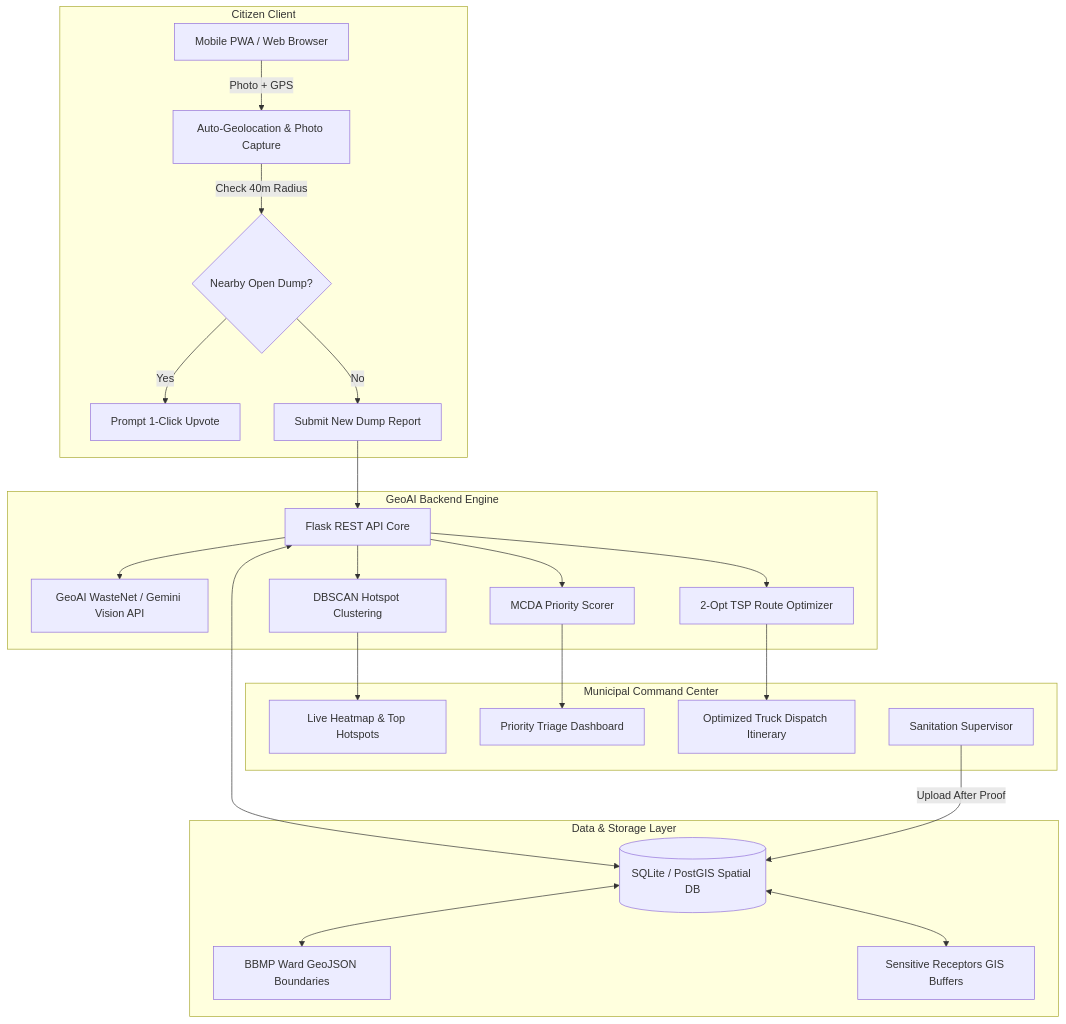
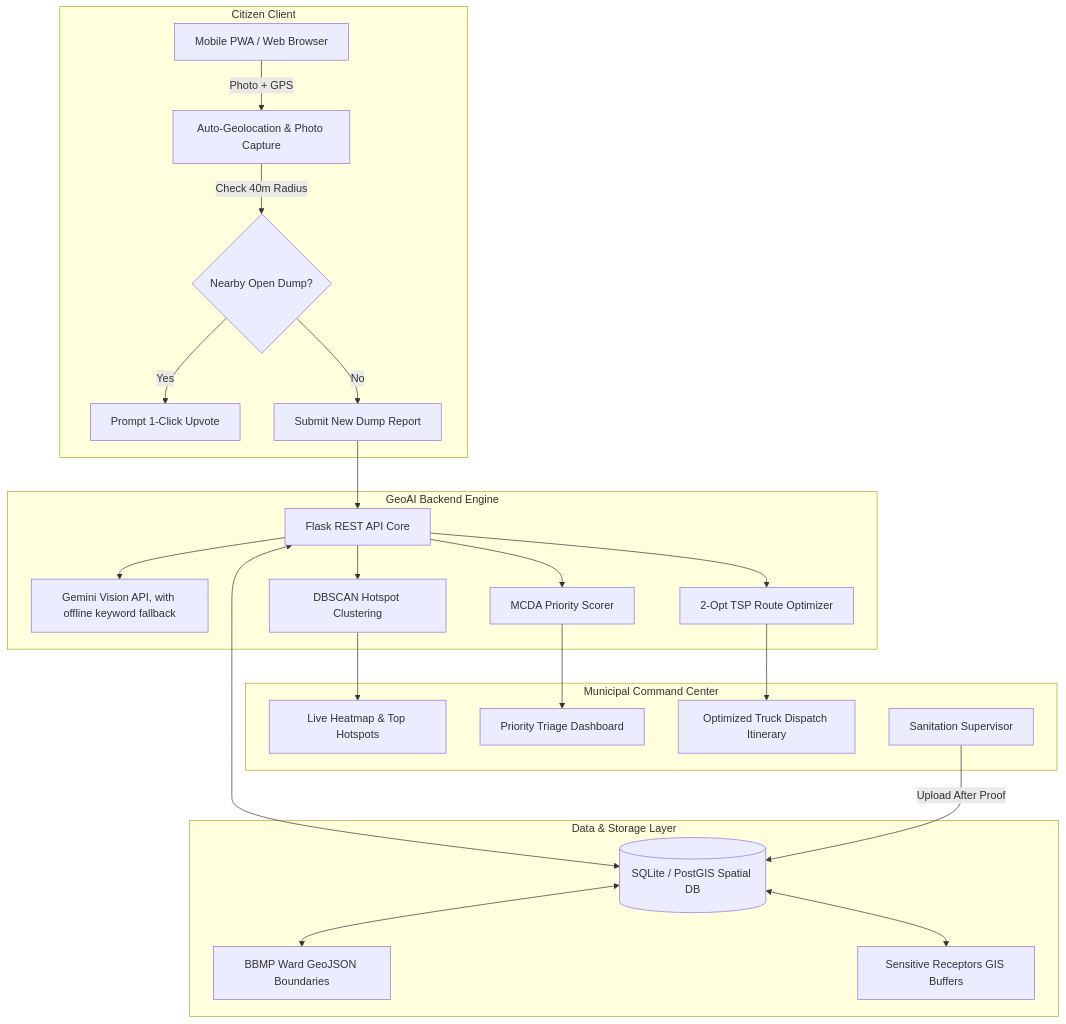
Before and after one commit to ishazaar/geo-waste-reporter: the diagram in presentation_slides.md, drawn with Mermaid. The commit also changed other lines of this file and 21 other files, not shown here.

````diff
--- a/presentation_slides.md
+++ b/presentation_slides.md
@@ -54,30 +54,30 @@
 ```mermaid
 flowchart TD
     subgraph Citizen Client
         A[Mobile PWA / Web Browser] -->|Photo + GPS| B[Auto-Geolocation & Photo Capture]
         B -->|Check 40m Radius| C{Nearby Open Dump?}
         C -->|Yes| D[Prompt 1-Click Upvote]
         C -->|No| E[Submit New Dump Report]
     end
 
     subgraph GeoAI Backend Engine
         E --> F[Flask REST API Core]
-        F --> G[GeoAI WasteNet / Gemini Vision API]
+        F --> G[Gemini Vision API, with offline keyword fallback]
         F --> H[MCDA Priority Scorer]
         F --> I[DBSCAN Hotspot Clustering]
         F --> J[2-Opt TSP Route Optimizer]
     end
 
     subgraph Data & Storage Layer
         F <--> K[(SQLite / PostGIS Spatial DB)]
         K <--> L[BBMP Ward GeoJSON Boundaries]
         K <--> M[Sensitive Receptors GIS Buffers]
     end
 
     subgraph Municipal Command Center
         I --> N[Live Heatmap & Top Hotspots]
         H --> O[Priority Triage Dashboard]
         J --> P[Optimized Truck Dispatch Itinerary]
         Q[Sanitation Supervisor] -->|Upload After Proof| K
     end
 ```
````
